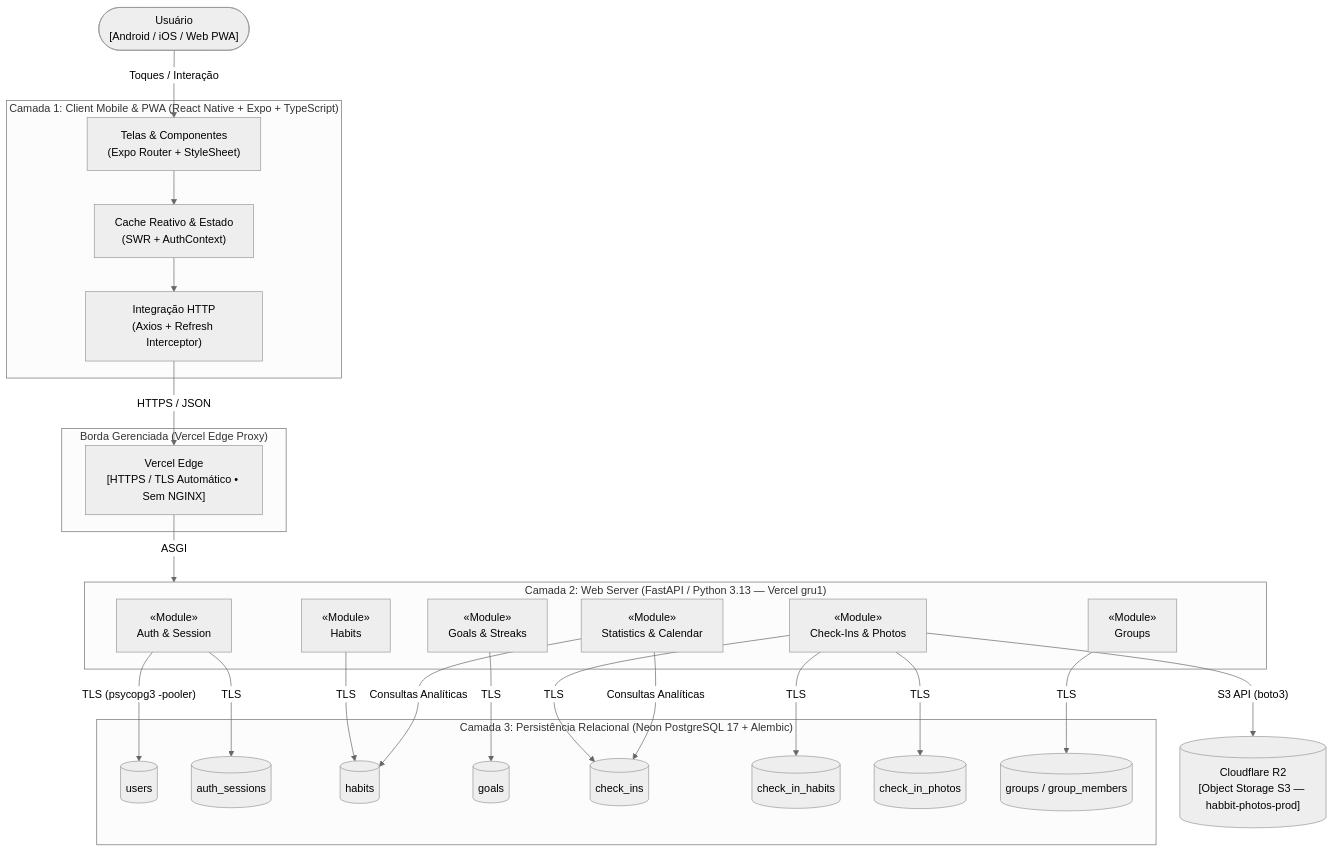
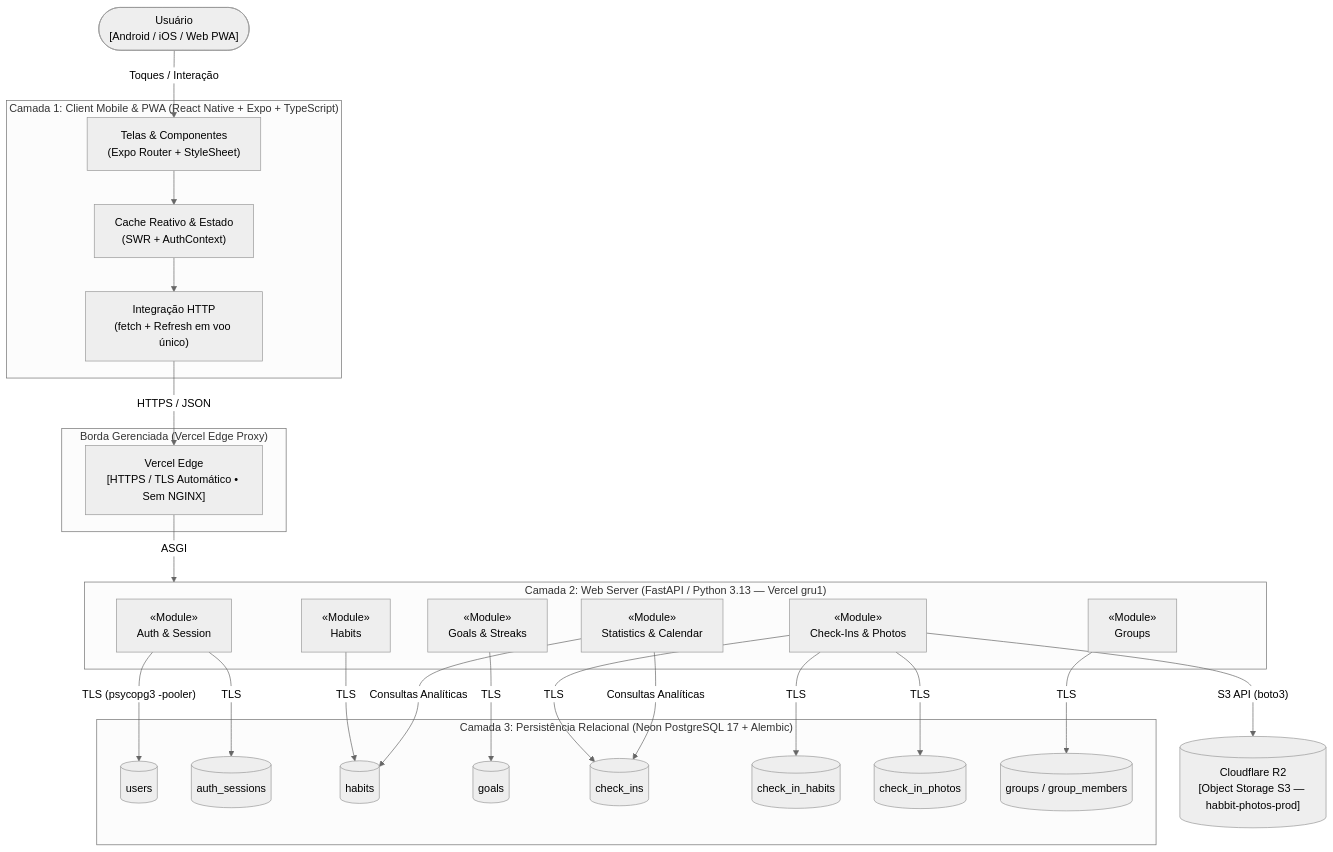
One commit to FGA0138-MDS-Ajax/2026.2-T02-Shannon changed the diagram in docs/arquitetura/visao-geral.md. Above: the diagram before and after it, drawn with Mermaid (neutral theme). The commit also changed 5 other files, not shown here.

Commit message:
docs(mobile): arquitetura do mobile, cliente fetch no lugar do Axios e estrutura atual de telas

````diff
--- a/docs/arquitetura/visao-geral.md
+++ b/docs/arquitetura/visao-geral.md
@@ -24,53 +24,53 @@
 ```mermaid
 flowchart TB
     Usuario(["Usuário\n[Android / iOS / Web PWA]"])
 
     subgraph Client["Camada 1: Client Mobile & PWA (React Native + Expo + TypeScript)"]
         UI["Telas & Componentes\n(Expo Router + StyleSheet)"]
         SWR["Cache Reativo & Estado\n(SWR + AuthContext)"]
-        Axios["Integração HTTP\n(Axios + Refresh Interceptor)"]
-        UI --> SWR --> Axios
+        Http["Integração HTTP\n(fetch + Refresh em voo único)"]
+        UI --> SWR --> Http
     end
 
     subgraph Edge["Borda Gerenciada (Vercel Edge Proxy)"]
         VercelEdge["Vercel Edge\n[HTTPS / TLS Automático • Sem NGINX]"]
     end
 
     subgraph Server["Camada 2: Web Server (FastAPI / Python 3.13 — Vercel gru1)"]
         AuthMod["«Module»\nAuth & Session"]
         HabitMod["«Module»\nHabits"]
         GoalMod["«Module»\nGoals & Streaks"]
         CheckInMod["«Module»\nCheck-Ins & Photos"]
         StatMod["«Module»\nStatistics & Calendar"]
         GroupMod["«Module»\nGroups"]
     end
 
     subgraph DB["Camada 3: Persistência Relacional (Neon PostgreSQL 17 + Alembic)"]
         TUsers[("users")]
         TSessions[("auth_sessions")]
         THabits[("habits")]
         TGoals[("goals")]
         TCheckIns[("check_ins")]
         TCheckInHabits[("check_in_habits")]
         TPhotos[("check_in_photos")]
         TGroups[("groups / group_members")]
     end
 
     R2[("Cloudflare R2\n[Object Storage S3 — habbit-photos-prod]")]
 
     Usuario -->|"Toques / Interação"| UI
-    Axios -->|"HTTPS / JSON"| VercelEdge
+    Http -->|"HTTPS / JSON"| VercelEdge
     VercelEdge -->|"ASGI"| Server
 
     AuthMod -->|"TLS (psycopg3 -pooler)"| TUsers
     AuthMod -->|"TLS"| TSessions
     HabitMod -->|"TLS"| THabits
     GoalMod -->|"TLS"| TGoals
     CheckInMod -->|"TLS"| TCheckIns
     CheckInMod -->|"TLS"| TCheckInHabits
     CheckInMod -->|"TLS"| TPhotos
     CheckInMod -->|"S3 API (boto3)"| R2
     StatMod -->|"Consultas Analíticas"| THabits
     StatMod -->|"Consultas Analíticas"| TCheckIns
     GroupMod -->|"TLS"| TGroups
 ```
````
